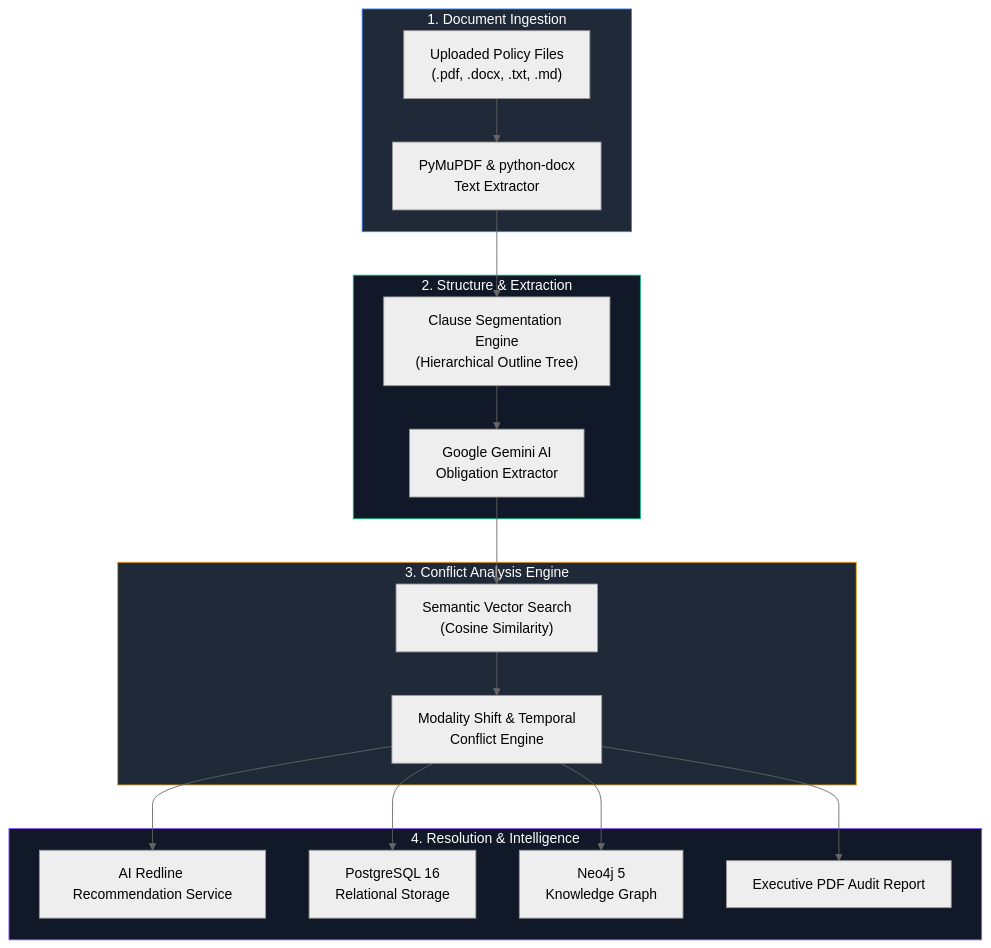
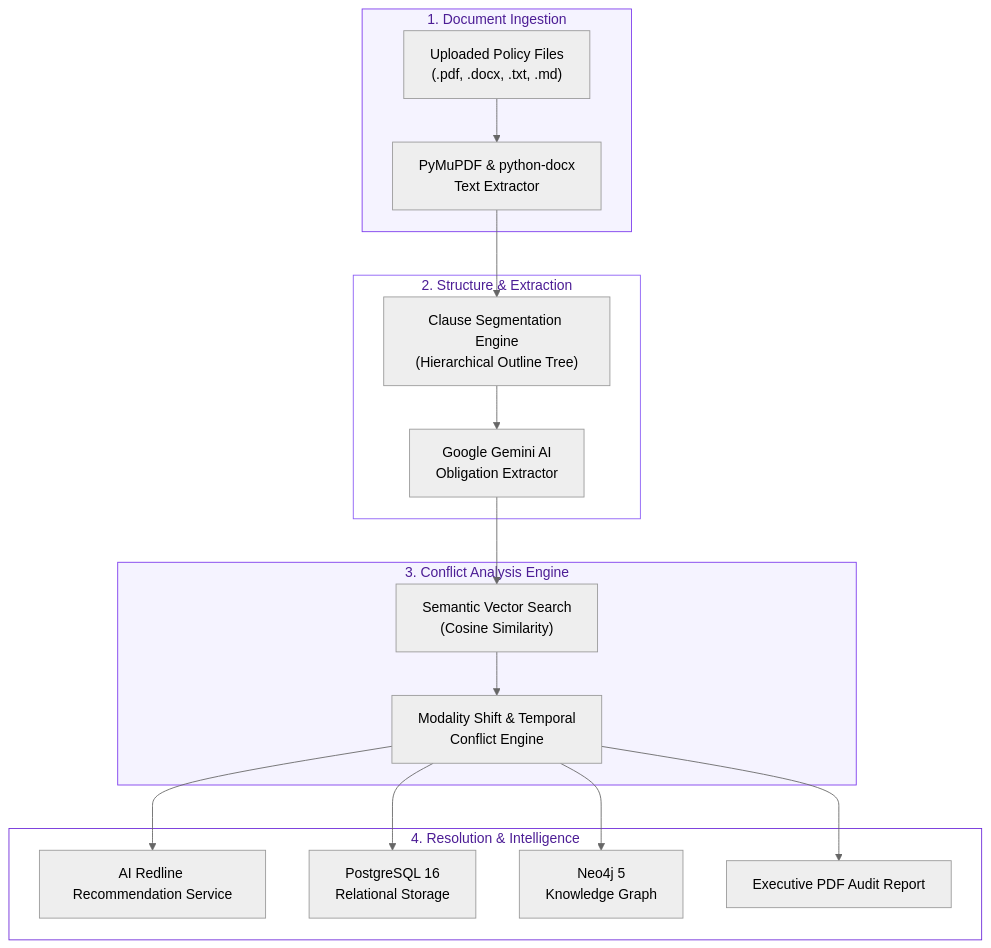
The diagram in README.md (Sangamithraa077/PolicySentinel), drawn with Mermaid (neutral theme) before and after one commit. The commit also changed other lines of this file, not shown here.

````diff
--- a/README.md
+++ b/README.md
@@ -49,28 +49,28 @@
 ```mermaid
 flowchart TD
     subgraph Step1["1. Document Ingestion"]
         A["Uploaded Policy Files\n(.pdf, .docx, .txt, .md)"] --> B["PyMuPDF & python-docx\nText Extractor"]
     end
 
     subgraph Step2["2. Structure & Extraction"]
         B --> C["Clause Segmentation Engine\n(Hierarchical Outline Tree)"]
         C --> D["Google Gemini AI\nObligation Extractor"]
     end
 
     subgraph Step3["3. Conflict Analysis Engine"]
         D --> E["Semantic Vector Search\n(Cosine Similarity)"]
         E --> F["Modality Shift & Temporal\nConflict Engine"]
     end
 
     subgraph Step4["4. Resolution & Intelligence"]
         F --> G["AI Redline Recommendation Service"]
         F --> H["PostgreSQL 16\nRelational Storage"]
         F --> I["Neo4j 5\nKnowledge Graph"]
         F --> J["Executive PDF Audit Report"]
     end
 
-    style Step1 fill:#1f2937,stroke:#3b82f6,color:#fff
-    style Step2 fill:#111827,stroke:#10b981,color:#fff
-    style Step3 fill:#1f2937,stroke:#f59e0b,color:#fff
-    style Step4 fill:#111827,stroke:#8b5cf6,color:#fff
+    style Step1 fill:#F5F3FF,stroke:#7C3AED,color:#4C1D95
+    style Step2 fill:#FFFFFF,stroke:#8B5CF6,color:#4C1D95
+    style Step3 fill:#F5F3FF,stroke:#7C3AED,color:#4C1D95
+    style Step4 fill:#FFFFFF,stroke:#6D28D9,color:#4C1D95
 ```
````
